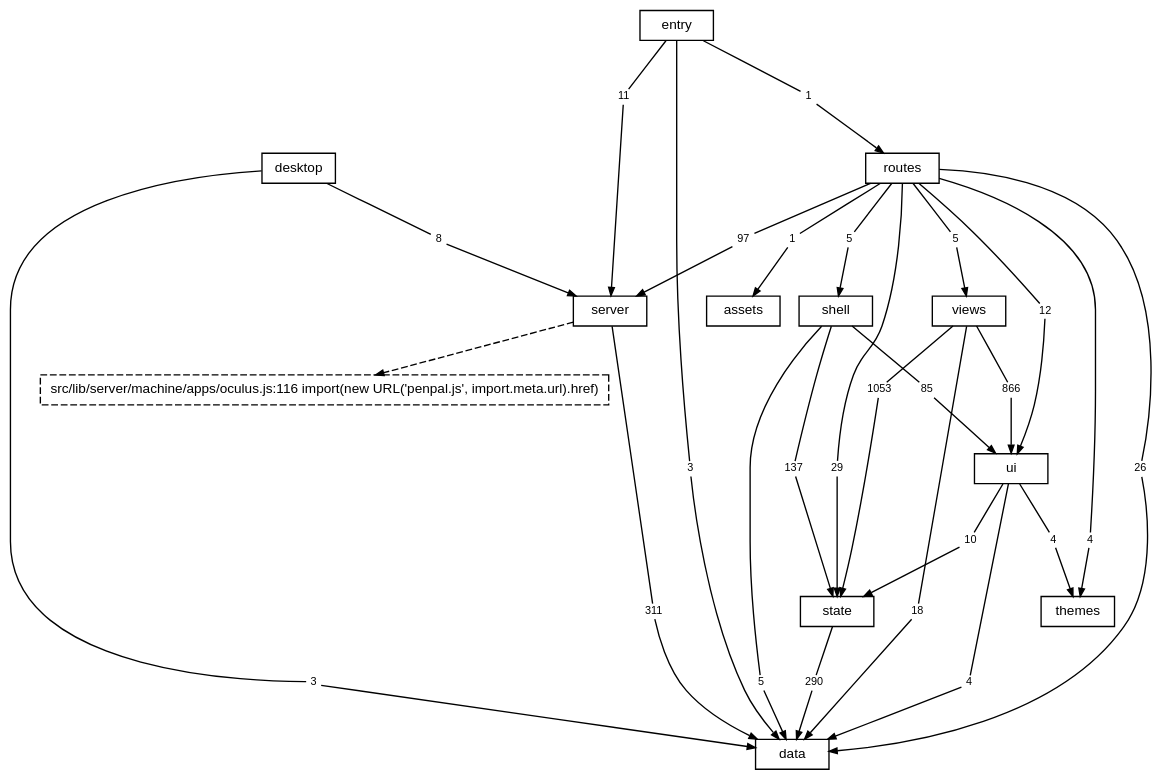
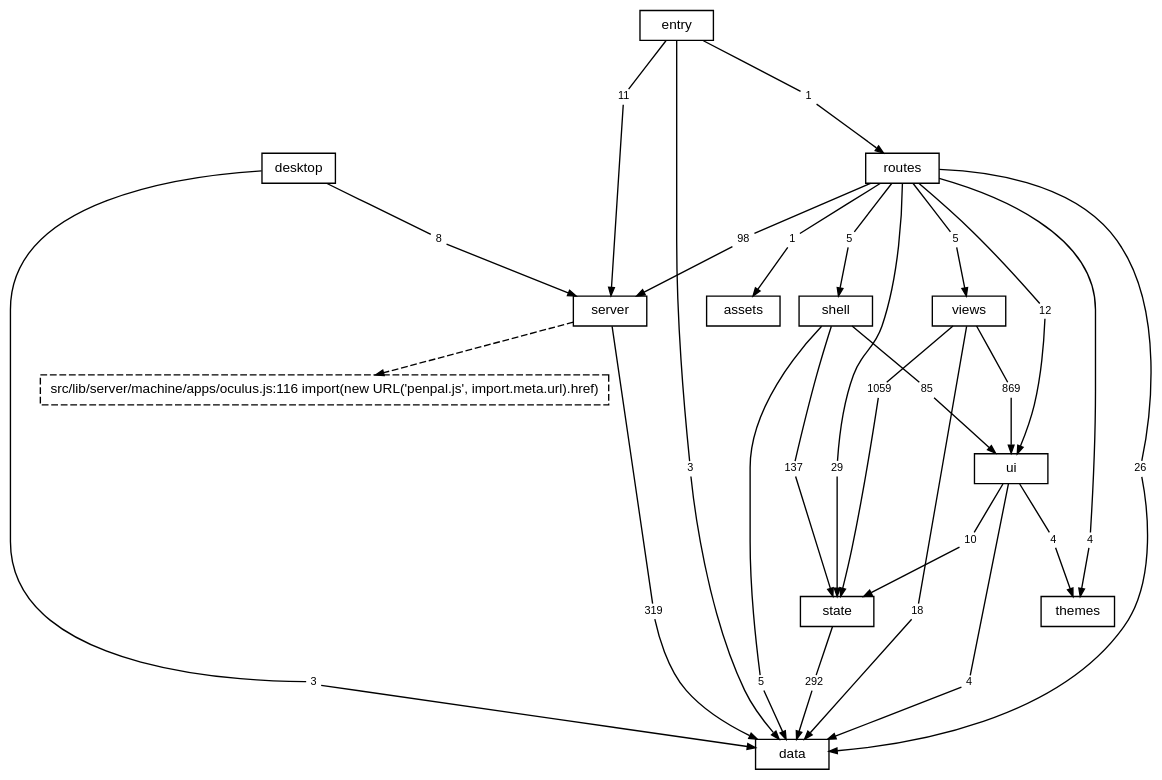
One commit to TheAxeC/oculus changed the diagram in docs/diagrams/layers.dot. Above: the diagram before and after it, drawn with Graphviz. The commit also changed 82 other files, not shown here.

```diff
--- a/docs/diagrams/layers.dot
+++ b/docs/diagrams/layers.dot
@@ -1,90 +1,90 @@
 digraph layers {
     graph [bgcolor="transparent", rankdir=TB, newrank=true, fontname="Helvetica,Arial,sans-serif", fontsize=12, nodesep=0.2, ranksep=0.5];
     node [shape=box, color="black", fontcolor="black", fontname="Helvetica,Arial,sans-serif", fontsize=10, height=0.3, margin="0.12,0.04"];
     edge [color="black", fontcolor="black", fontname="Helvetica,Arial,sans-serif", fontsize=8, arrowsize=0.6];
     "data";
     "server";
     "state";
     "ui";
     "shell";
     "views";
     "themes";
     "routes";
     "desktop";
     "src" [label="entry"];
     "files: assets" [label="assets"];
     "? src/lib/server/machine/apps/oculus.js:116" [label="src/lib/server/machine/apps/oculus.js:116 import(new URL('penpal.js', import.meta.url).href)", style=dashed];
     "desktop to data" [label="3", shape=box, color="transparent", fontsize=8, width=0, height=0, margin="0.04,0.02"];
     "desktop" -> "desktop to data" [arrowhead=none];
     "desktop to data" -> "data" [];
     "desktop to server" [label="8", shape=box, color="transparent", fontsize=8, width=0, height=0, margin="0.04,0.02"];
     "desktop" -> "desktop to server" [arrowhead=none];
     "desktop to server" -> "server" [];
     "routes to data" [label="26", shape=box, color="transparent", fontsize=8, width=0, height=0, margin="0.04,0.02"];
     "routes" -> "routes to data" [arrowhead=none];
     "routes to data" -> "data" [];
     "routes to files: assets" [label="1", shape=box, color="transparent", fontsize=8, width=0, height=0, margin="0.04,0.02"];
     "routes" -> "routes to files: assets" [arrowhead=none];
     "routes to files: assets" -> "files: assets" [];
-    "routes to server" [label="97", shape=box, color="transparent", fontsize=8, width=0, height=0, margin="0.04,0.02"];
+    "routes to server" [label="98", shape=box, color="transparent", fontsize=8, width=0, height=0, margin="0.04,0.02"];
     "routes" -> "routes to server" [arrowhead=none];
     "routes to server" -> "server" [];
     "routes to shell" [label="5", shape=box, color="transparent", fontsize=8, width=0, height=0, margin="0.04,0.02"];
     "routes" -> "routes to shell" [arrowhead=none];
     "routes to shell" -> "shell" [];
     "routes to state" [label="29", shape=box, color="transparent", fontsize=8, width=0, height=0, margin="0.04,0.02"];
     "routes" -> "routes to state" [arrowhead=none];
     "routes to state" -> "state" [];
     "routes to themes" [label="4", shape=box, color="transparent", fontsize=8, width=0, height=0, margin="0.04,0.02"];
     "routes" -> "routes to themes" [arrowhead=none];
     "routes to themes" -> "themes" [];
     "routes to ui" [label="12", shape=box, color="transparent", fontsize=8, width=0, height=0, margin="0.04,0.02"];
     "routes" -> "routes to ui" [arrowhead=none];
     "routes to ui" -> "ui" [];
     "routes to views" [label="5", shape=box, color="transparent", fontsize=8, width=0, height=0, margin="0.04,0.02"];
     "routes" -> "routes to views" [arrowhead=none];
     "routes to views" -> "views" [];
-    "server to data" [label="311", shape=box, color="transparent", fontsize=8, width=0, height=0, margin="0.04,0.02"];
+    "server to data" [label="319", shape=box, color="transparent", fontsize=8, width=0, height=0, margin="0.04,0.02"];
     "server" -> "server to data" [arrowhead=none];
     "server to data" -> "data" [];
     "shell to data" [label="5", shape=box, color="transparent", fontsize=8, width=0, height=0, margin="0.04,0.02"];
     "shell" -> "shell to data" [arrowhead=none];
     "shell to data" -> "data" [];
     "shell to state" [label="137", shape=box, color="transparent", fontsize=8, width=0, height=0, margin="0.04,0.02"];
     "shell" -> "shell to state" [arrowhead=none];
     "shell to state" -> "state" [];
     "shell to ui" [label="85", shape=box, color="transparent", fontsize=8, width=0, height=0, margin="0.04,0.02"];
     "shell" -> "shell to ui" [arrowhead=none];
     "shell to ui" -> "ui" [];
     "src to data" [label="3", shape=box, color="transparent", fontsize=8, width=0, height=0, margin="0.04,0.02"];
     "src" -> "src to data" [arrowhead=none];
     "src to data" -> "data" [];
     "src to routes" [label="1", shape=box, color="transparent", fontsize=8, width=0, height=0, margin="0.04,0.02"];
     "src" -> "src to routes" [arrowhead=none];
     "src to routes" -> "routes" [];
     "src to server" [label="11", shape=box, color="transparent", fontsize=8, width=0, height=0, margin="0.04,0.02"];
     "src" -> "src to server" [arrowhead=none];
     "src to server" -> "server" [];
-    "state to data" [label="290", shape=box, color="transparent", fontsize=8, width=0, height=0, margin="0.04,0.02"];
+    "state to data" [label="292", shape=box, color="transparent", fontsize=8, width=0, height=0, margin="0.04,0.02"];
     "state" -> "state to data" [arrowhead=none];
     "state to data" -> "data" [];
     "ui to data" [label="4", shape=box, color="transparent", fontsize=8, width=0, height=0, margin="0.04,0.02"];
     "ui" -> "ui to data" [arrowhead=none];
     "ui to data" -> "data" [];
     "ui to state" [label="10", shape=box, color="transparent", fontsize=8, width=0, height=0, margin="0.04,0.02"];
     "ui" -> "ui to state" [arrowhead=none];
     "ui to state" -> "state" [];
     "ui to themes" [label="4", shape=box, color="transparent", fontsize=8, width=0, height=0, margin="0.04,0.02"];
     "ui" -> "ui to themes" [arrowhead=none];
     "ui to themes" -> "themes" [];
     "views to data" [label="18", shape=box, color="transparent", fontsize=8, width=0, height=0, margin="0.04,0.02"];
     "views" -> "views to data" [arrowhead=none];
     "views to data" -> "data" [];
-    "views to state" [label="1053", shape=box, color="transparent", fontsize=8, width=0, height=0, margin="0.04,0.02"];
+    "views to state" [label="1059", shape=box, color="transparent", fontsize=8, width=0, height=0, margin="0.04,0.02"];
     "views" -> "views to state" [arrowhead=none];
     "views to state" -> "state" [];
-    "views to ui" [label="866", shape=box, color="transparent", fontsize=8, width=0, height=0, margin="0.04,0.02"];
+    "views to ui" [label="869", shape=box, color="transparent", fontsize=8, width=0, height=0, margin="0.04,0.02"];
     "views" -> "views to ui" [arrowhead=none];
     "views to ui" -> "ui" [];
     "server" -> "? src/lib/server/machine/apps/oculus.js:116" [style=dashed];
 }
```
